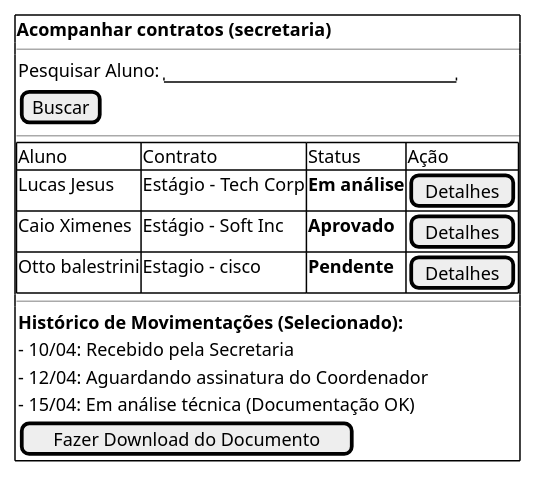
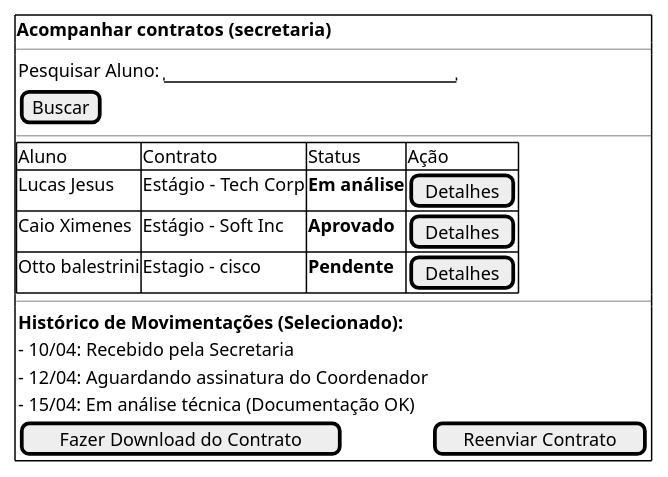
One commit to Projetos-de-Extensao/PBE_26.1_8002_III changed the diagram in docs/assets/Diagramas/src/acompanhar_contrato_secretaria.puml. Above: the diagram before and after it, drawn with PlantUML. The commit also changed 4 other files, not shown here.

```diff
--- a/docs/assets/Diagramas/src/acompanhar_contrato_secretaria.puml
+++ b/docs/assets/Diagramas/src/acompanhar_contrato_secretaria.puml
@@ -2,28 +2,28 @@
 @startsalt tela_doc
 {
   {+
     **Acompanhar contratos (secretaria)**
     --
     {
       Pesquisar Aluno: | "                        "
       [Buscar]
     }
     --
     {#
        Aluno | Contrato | Status | Ação
        Lucas Jesus | Estágio - Tech Corp | **Em análise** | [Detalhes]
        Caio Ximenes | Estágio - Soft Inc | **Aprovado** | [Detalhes]
        Otto balestrini | Estagio - cisco   | **Pendente** | [Detalhes]
     }
     --
     {
       **Histórico de Movimentações (Selecionado):**
       - 10/04: Recebido pela Secretaria
       - 12/04: Aguardando assinatura do Coordenador
       - 15/04: Em análise técnica (Documentação OK)
-      [Fazer Download do Documento]
+      [Fazer Download do Contrato] | [Reenviar Contrato]
     }
   }
   
 }
 @endsalt
```
